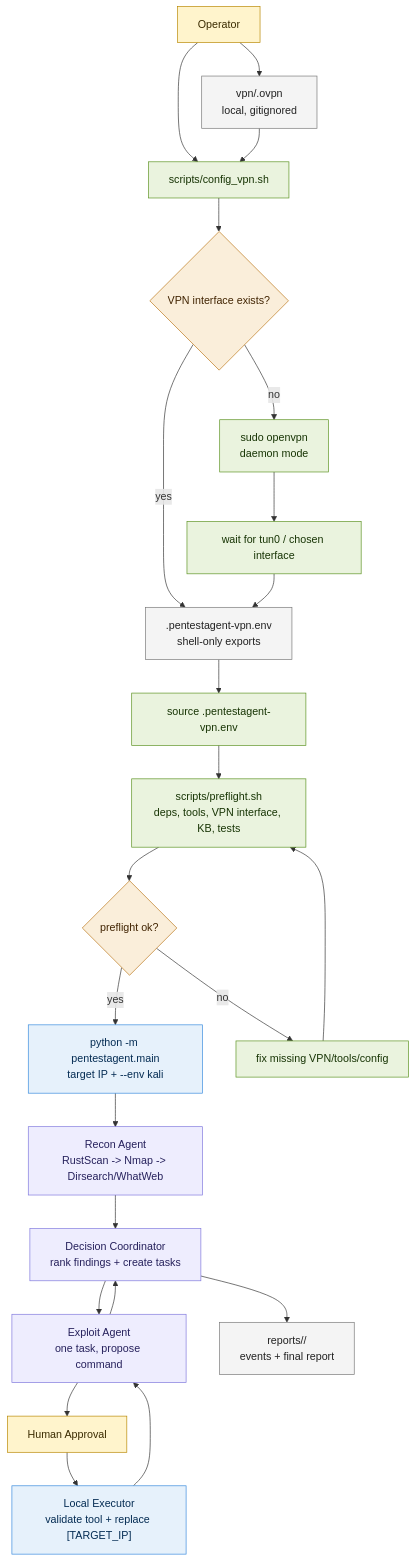
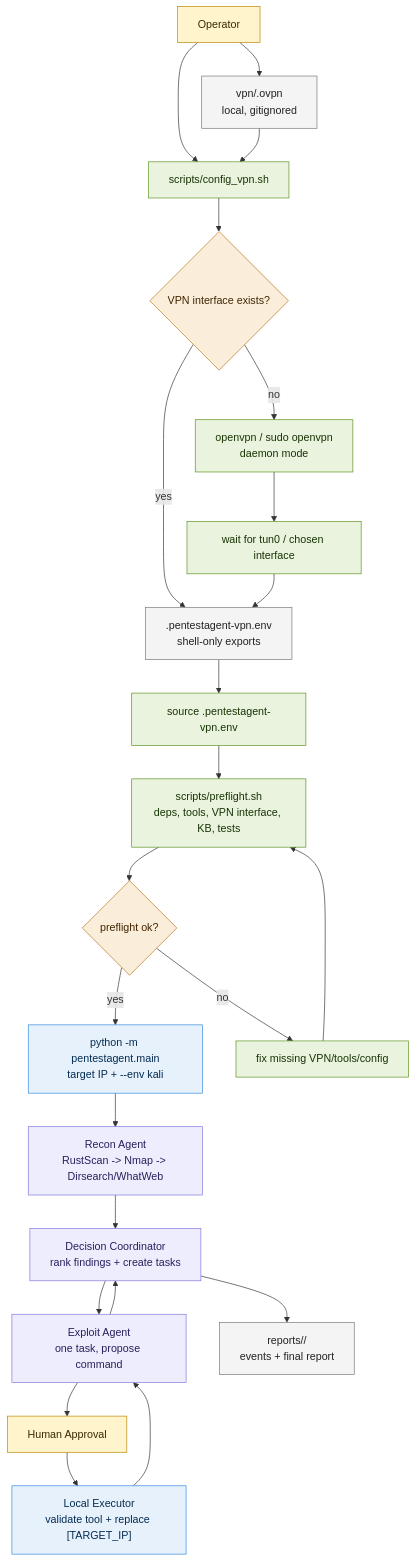
The diagram in docs/ADR-04-Shell-Owned VPN Setup and No Python Network Layer.md (YunshiuanOAO/Your_Machine_is_My_Machine), drawn with Mermaid before and after one commit. The commit also changed other lines of this file and 13 other files, not shown here.

````diff
--- a/docs/ADR-04-Shell-Owned VPN Setup and No Python Network Layer.md
+++ b/docs/ADR-04-Shell-Owned VPN Setup and No Python Network Layer.md
@@ -50,50 +50,50 @@
 ```mermaid
 flowchart TD
     OP["Operator"]:::human
     OVPN["vpn/<profile>.ovpn<br/>local, gitignored"]:::file
     VPN_SCRIPT["scripts/config_vpn.sh"]:::shell
     IFACE_CHECK{"VPN interface exists?"}:::decision
-    OPENVPN["sudo openvpn<br/>daemon mode"]:::shell
+    OPENVPN["openvpn / sudo openvpn<br/>daemon mode"]:::shell
     WAIT["wait for tun0 / chosen interface"]:::shell
     ENVFILE[".pentestagent-vpn.env<br/>shell-only exports"]:::file
     SOURCE["source .pentestagent-vpn.env"]:::shell
     PREFLIGHT["scripts/preflight.sh<br/>deps, tools, VPN interface, KB, tests"]:::shell
     READY{"preflight ok?"}:::decision
     MAIN["python -m pentestagent.main<br/>target IP + --env kali"]:::python
     RECON["Recon Agent<br/>RustScan -> Nmap -> Dirsearch/WhatWeb"]:::agent
     DECISION["Decision Coordinator<br/>rank findings + create tasks"]:::agent
     EXPLOIT["Exploit Agent<br/>one task, propose command"]:::agent
     APPROVAL["Human Approval"]:::human
     EXECUTOR["Local Executor<br/>validate tool + replace [TARGET_IP]"]:::python
     REPORT["reports/<run_id>/<br/>events + final report"]:::file
 
     OP --> OVPN
     OP --> VPN_SCRIPT
     OVPN --> VPN_SCRIPT
     VPN_SCRIPT --> IFACE_CHECK
     IFACE_CHECK -- yes --> ENVFILE
     IFACE_CHECK -- no --> OPENVPN
     OPENVPN --> WAIT
     WAIT --> ENVFILE
     ENVFILE --> SOURCE
     SOURCE --> PREFLIGHT
     PREFLIGHT --> READY
     READY -- no --> FIX["fix missing VPN/tools/config"]:::shell
     FIX --> PREFLIGHT
     READY -- yes --> MAIN
     MAIN --> RECON
     RECON --> DECISION
     DECISION --> EXPLOIT
     EXPLOIT --> APPROVAL
     APPROVAL --> EXECUTOR
     EXECUTOR --> EXPLOIT
     EXPLOIT --> DECISION
     DECISION --> REPORT
 
     classDef human fill:#FFF4CC,stroke:#B88700,color:#3B2B00
     classDef shell fill:#EAF3DE,stroke:#5B9220,color:#173404
     classDef python fill:#E6F1FB,stroke:#378ADD,color:#042C53
     classDef agent fill:#EEEDFE,stroke:#7F77DD,color:#26215C
     classDef file fill:#F4F4F4,stroke:#777,color:#222
     classDef decision fill:#FAEEDA,stroke:#BA7517,color:#412402
 ```
````
